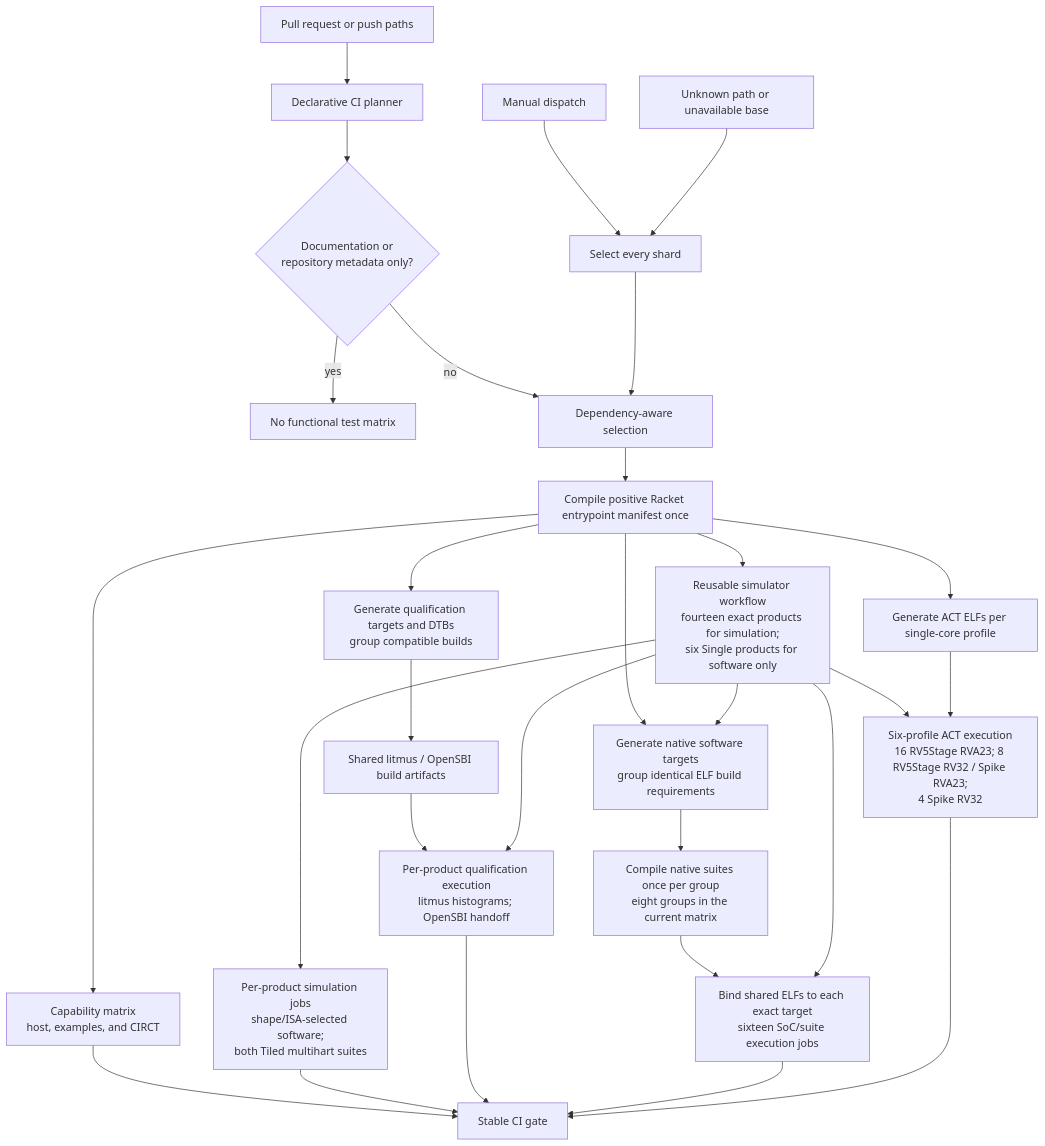
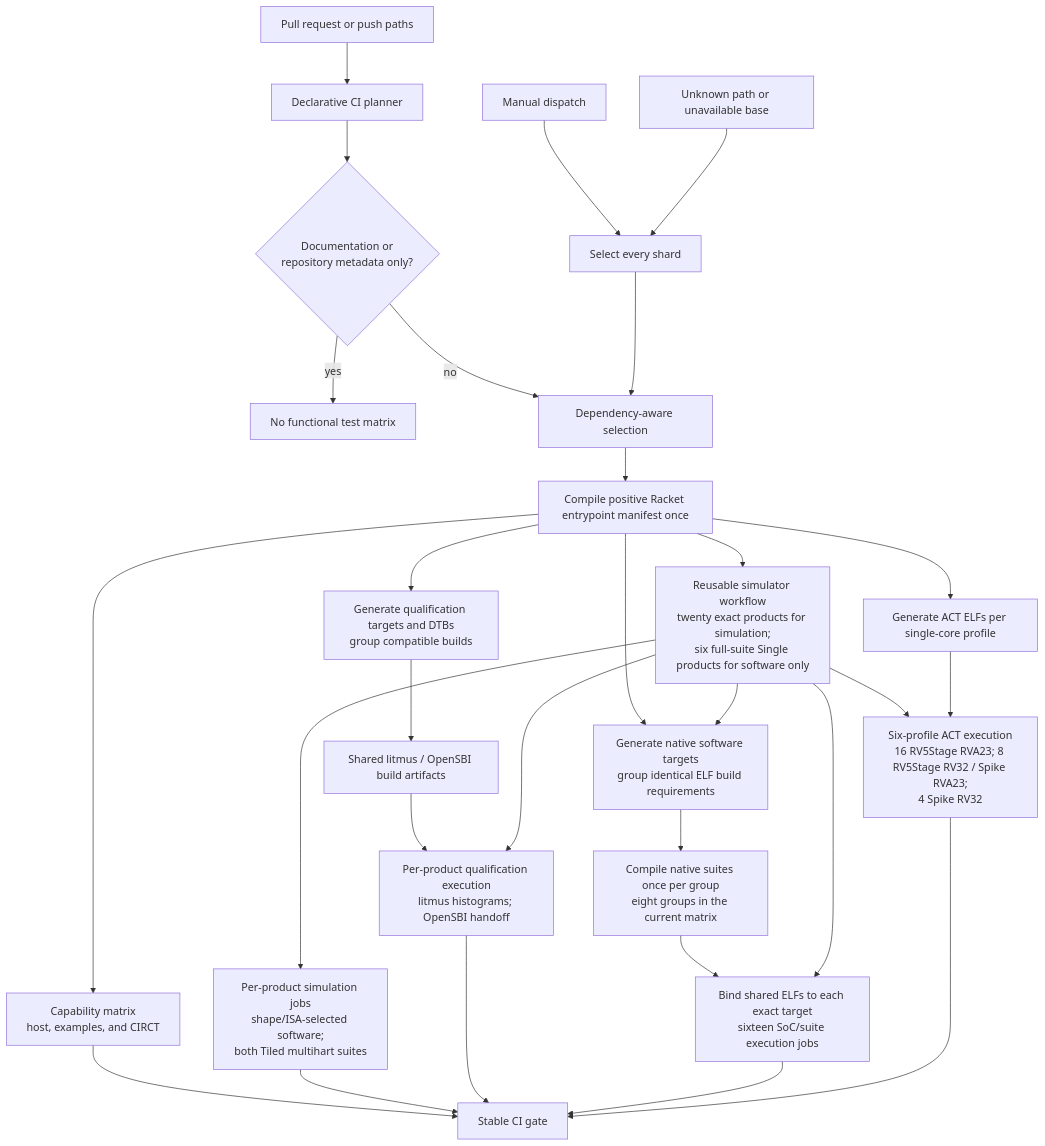
Before and after one commit to jerryz123/rhodium: the diagram in tools/testing/DEVELOPING.md, drawn with Mermaid. The commit also changed other lines of this file and 17 other files, not shown here.

````diff
--- a/tools/testing/DEVELOPING.md
+++ b/tools/testing/DEVELOPING.md
@@ -119,31 +119,31 @@
 ```mermaid
 flowchart TD
     Changes["Pull request or push paths"] --> Classifier["Declarative CI planner"]
     Manual["Manual dispatch"] --> All["Select every shard"]
     Unknown["Unknown path or unavailable base"] --> All
     Classifier --> Docs{"Documentation or<br/>repository metadata only?"}
     Docs -->|yes| None["No functional test matrix"]
     Docs -->|no| Selected["Dependency-aware selection"]
     All --> Selected
     Selected --> Compile["Compile positive Racket entrypoint manifest once"]
     Compile --> Checks["Capability matrix<br/>host, examples, and CIRCT"]
-    Compile --> Simulators["Reusable simulator workflow<br/>fourteen exact products for simulation;<br/>six Single products for software only"]
+    Compile --> Simulators["Reusable simulator workflow<br/>twenty exact products for simulation;<br/>six full-suite Single products for software only"]
     Simulators --> Simulation["Per-product simulation jobs<br/>shape/ISA-selected software;<br/>both Tiled multihart suites"]
     Compile --> QualificationTargets["Generate qualification targets and DTBs<br/>group compatible builds"]
     QualificationTargets --> QualificationBuilds["Shared litmus / OpenSBI build artifacts"]
     QualificationBuilds --> Qualification["Per-product qualification execution<br/>litmus histograms; OpenSBI handoff"]
     Simulators --> Qualification
     Compile --> ProgramTargets["Generate native software targets<br/>group identical ELF build requirements"]
     Simulators --> ProgramTargets
     ProgramTargets --> ProgramBuilds["Compile native suites once per group<br/>eight groups in the current matrix"]
     ProgramBuilds --> Programs["Bind shared ELFs to each exact target<br/>sixteen SoC/suite execution jobs"]
     Simulators --> Programs
     Compile --> ActBuild["Generate ACT ELFs per single-core profile"]
     Simulators --> ActRun["Six-profile ACT execution<br/>16 RV5Stage RVA23; 8 RV5Stage RV32 / Spike RVA23;<br/>4 Spike RV32"]
     ActBuild --> ActRun
     Checks --> Gate["Stable CI gate"]
     Simulation --> Gate
     Qualification --> Gate
     Programs --> Gate
     ActRun --> Gate
 ```
````
